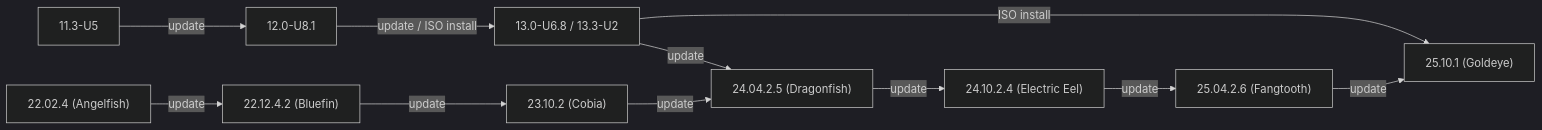
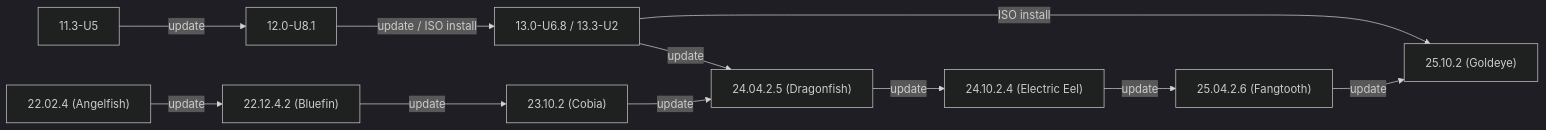
Before and after one commit to truenas/documentation: the first of 2 diagrams in static/includes/SCALEUpgradePaths.md, drawn with Mermaid (dark theme). The commit also changed other lines of this file and 55 other files, not shown here.

```diff
--- a/static/includes/SCALEUpgradePaths.md
+++ b/static/includes/SCALEUpgradePaths.md
@@ -21,14 +21,14 @@
             {{< mermaid class="mermaid_sizing" >}}
             flowchart LR
               A["11.3-U5"] -->|update| B["12.0-U8.1"]
               B -->|"update / ISO install"| C["13.0-U6.8 / 13.3-U2"]
               C -->|update| G
               C -->|ISO install| J
               D["22.02.4 (Angelfish)"] -->|update| E
               E["22.12.4.2 (Bluefin)"] -->|update| F
               F["23.10.2 (Cobia)"] -->|update| G
               G["24.04.2.5 (Dragonfish)"] -->|update| H
               H["24.10.2.4 (Electric Eel)"] -->|update| I
-              I["25.04.2.6 (Fangtooth)"] -->|"update"| J
-            J["25.10.1 (Goldeye)"]
+              I["25.04.2.6 (Fangtooth)"] -->|update| J
+              J["25.10.2 (Goldeye)"]
             {{< /mermaid >}}
```
